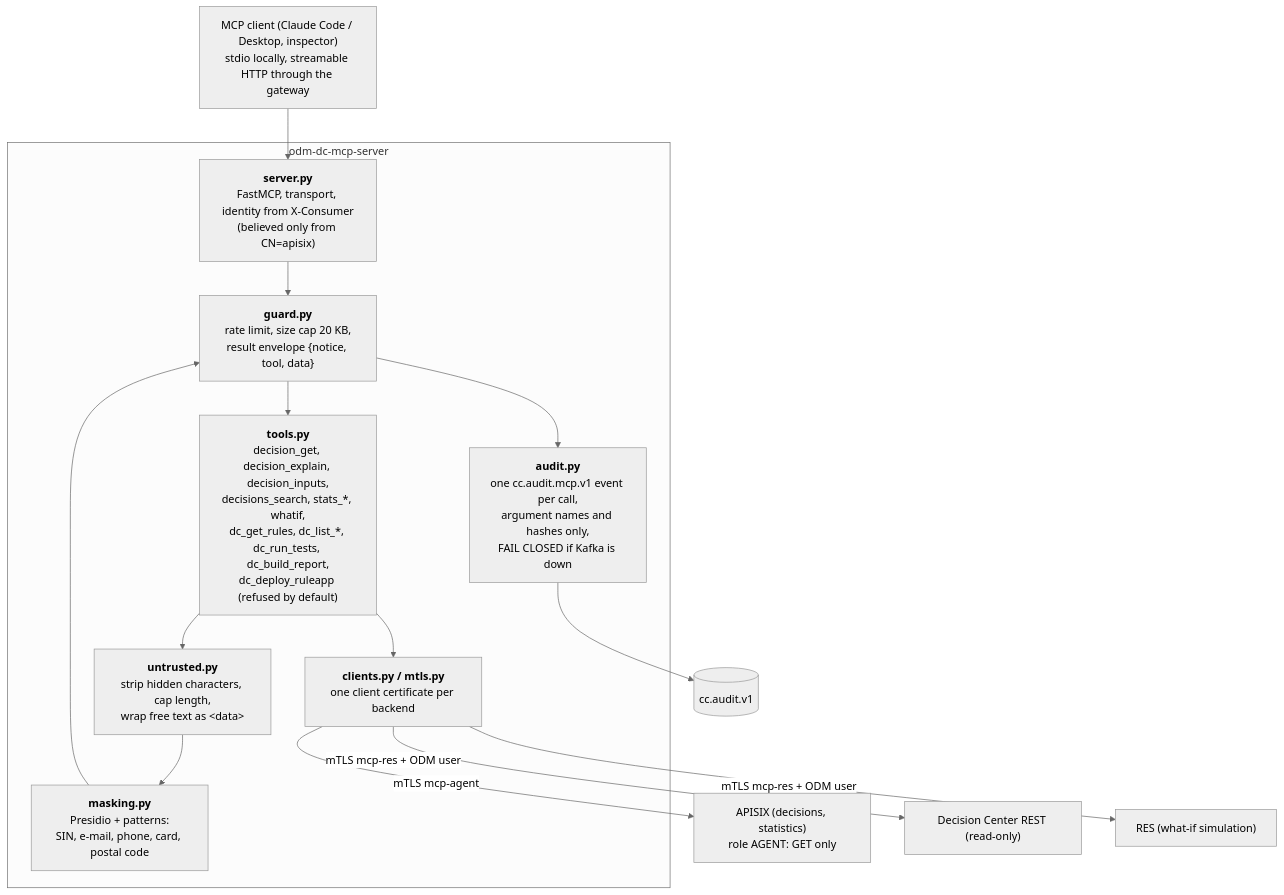
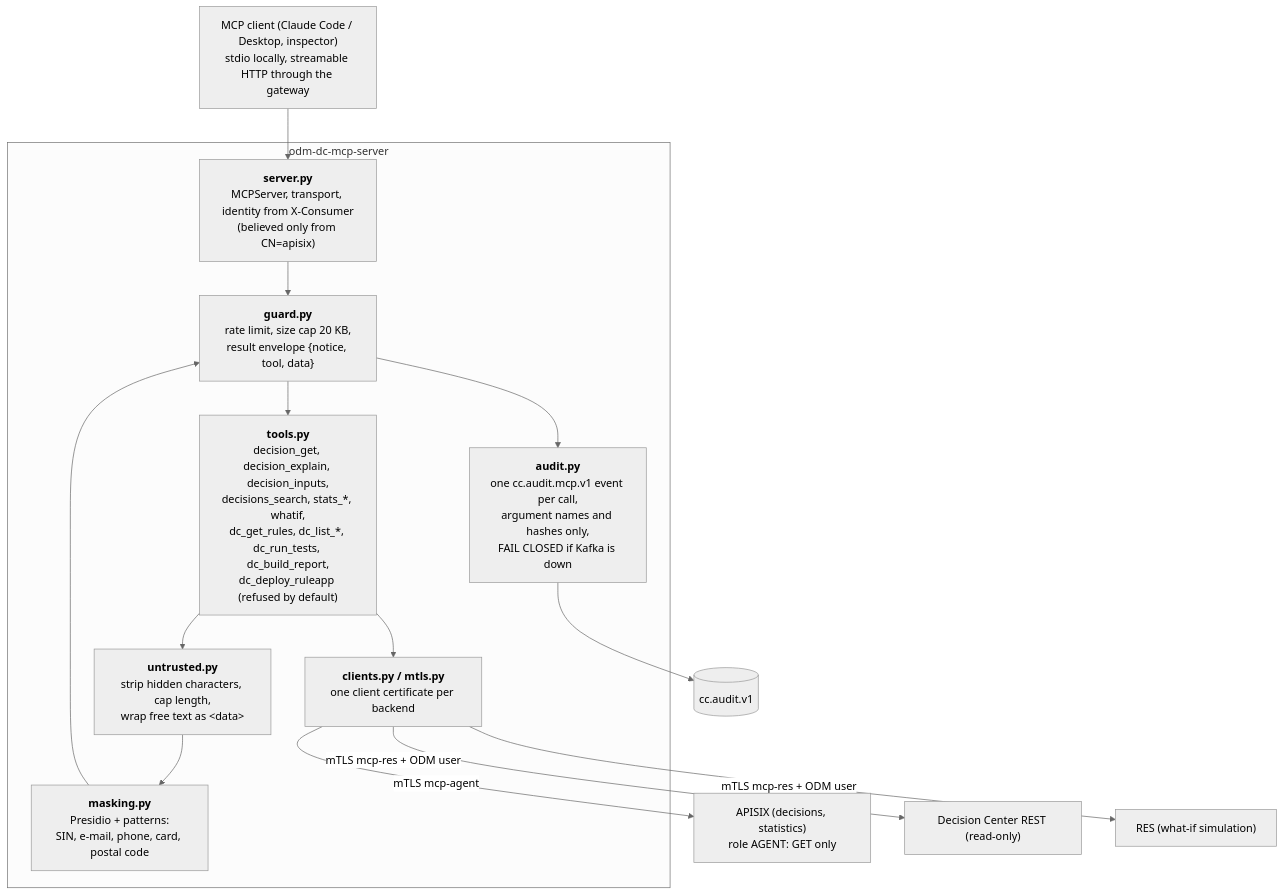
One commit to JJ1006/cc-decisioning-platform changed the second of 2 diagrams in docs/architecture/components.md. Above: the diagram before and after it, drawn with Mermaid (neutral theme). The commit also changed 13 other files, not shown here.

````diff
--- a/docs/architecture/components.md
+++ b/docs/architecture/components.md
@@ -39,25 +39,25 @@
 ```mermaid
 flowchart TB
   CLIENT["MCP client (Claude Code / Desktop, inspector)<br/>stdio locally, streamable HTTP through the gateway"]
   subgraph mcp["odm-dc-mcp-server"]
-    SRV["<b>server.py</b><br/>FastMCP, transport, identity from X-Consumer<br/>(believed only from CN=apisix)"]
+    SRV["<b>server.py</b><br/>MCPServer, transport, identity from X-Consumer<br/>(believed only from CN=apisix)"]
     TL["<b>tools.py</b><br/>decision_get, decision_explain, decision_inputs,<br/>decisions_search, stats_*, whatif,<br/>dc_get_rules, dc_list_*, dc_run_tests, dc_build_report,<br/>dc_deploy_ruleapp (refused by default)"]
     GD["<b>guard.py</b><br/>rate limit, size cap 20 KB,<br/>result envelope {notice, tool, data}"]
     UT["<b>untrusted.py</b><br/>strip hidden characters, cap length,<br/>wrap free text as &lt;data&gt;"]
     MK["<b>masking.py</b><br/>Presidio + patterns:<br/>SIN, e-mail, phone, card, postal code"]
     AU["<b>audit.py</b><br/>one cc.audit.mcp.v1 event per call,<br/>argument names and hashes only,<br/>FAIL CLOSED if Kafka is down"]
     CL["<b>clients.py / mtls.py</b><br/>one client certificate per backend"]
   end
   GWAPI["APISIX (decisions, statistics)<br/>role AGENT: GET only"]
   DCAPI["Decision Center REST (read-only)"]
   RESAPI["RES (what-if simulation)"]
   K[("cc.audit.v1")]
 
   CLIENT --> SRV --> GD --> TL
   TL --> CL
   CL -- "mTLS mcp-agent" --> GWAPI
   CL -- "mTLS mcp-res + ODM user" --> DCAPI
   CL -- "mTLS mcp-res + ODM user" --> RESAPI
   TL --> UT --> MK --> GD
   GD --> AU --> K
 ```
````
